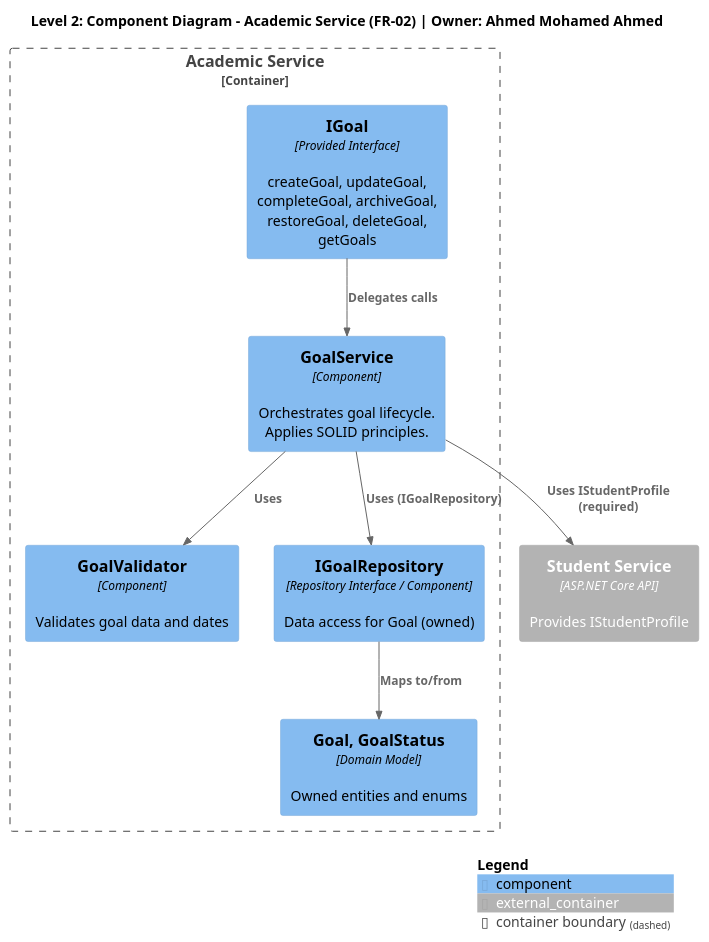
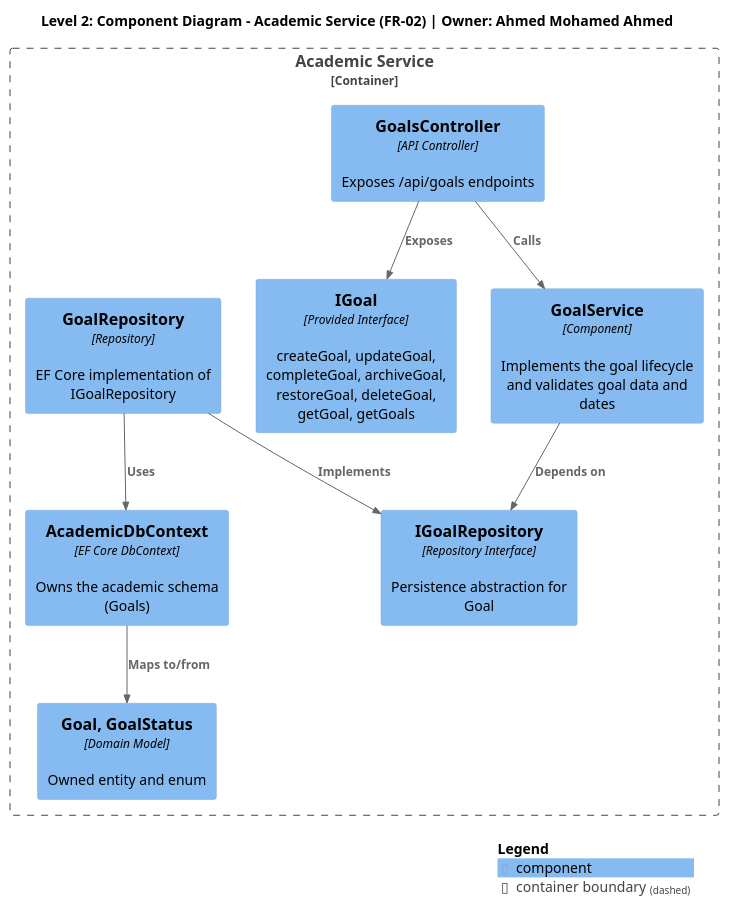
One commit to AIU-SoftWave/Aspirra changed the diagram in docs/PM1/Part A — Design/Component Diagrams/02-academic-service-component.puml. Above: the diagram before and after it, drawn with PlantUML. The commit also changed 251 other files, not shown here.

First line of the commit message:
Add unit tests for HabitService and StudentService

```diff
--- a/docs/PM1/Part A — Design/Component Diagrams/02-academic-service-component.puml
+++ b/docs/PM1/Part A — Design/Component Diagrams/02-academic-service-component.puml
@@ -1,35 +1,25 @@
 @startuml academic-service-component-diagram
 !include https://raw.githubusercontent.com/plantuml-stdlib/C4-PlantUML/master/C4_Component.puml
 
 title Level 2: Component Diagram - Academic Service (FR-02) | Owner: Ahmed Mohamed Ahmed
 
 Container_Boundary(academicBoundary, "Academic Service") {
-  
-  ' Provided interface
-  Component(iGoal, "IGoal", "Provided Interface", "createGoal, updateGoal, completeGoal, archiveGoal, restoreGoal, deleteGoal, getGoals")
-  
-  ' Core components
-  Component(goalService, "GoalService", "Component", "Orchestrates goal lifecycle. Applies SOLID principles.")
-  Component(goalValidator, "GoalValidator", "Component", "Validates goal data and dates")
-  
-  ' Persistence
-  Component(goalRepo, "IGoalRepository", "Repository Interface / Component", "Data access for Goal (owned)")
-  
-  ' Domain
-  Component(domainModel, "Goal, GoalStatus", "Domain Model", "Owned entities and enums")
+
+  Component(iGoal, "IGoal", "Provided Interface", "createGoal, updateGoal, completeGoal, archiveGoal, restoreGoal, deleteGoal, getGoal, getGoals")
+  Component(goalsController, "GoalsController", "API Controller", "Exposes /api/goals endpoints")
+  Component(goalService, "GoalService", "Component", "Implements the goal lifecycle and validates goal data and dates")
+  Component(iGoalRepo, "IGoalRepository", "Repository Interface", "Persistence abstraction for Goal")
+  Component(goalRepo, "GoalRepository", "Repository", "EF Core implementation of IGoalRepository")
+  Component(academicDb, "AcademicDbContext", "EF Core DbContext", "Owns the academic schema (Goals)")
+  Component(domainModel, "Goal, GoalStatus", "Domain Model", "Owned entity and enum")
 }
 
-' Required interfaces to other service containers
-Container_Ext(studentSvc, "Student Service", "ASP.NET Core API", "Provides IStudentProfile")
-
-' Internal relationships
-Rel(iGoal, goalService, "Delegates calls")
-Rel(goalService, goalValidator, "Uses")
-Rel(goalService, goalRepo, "Uses (IGoalRepository)")
-Rel(goalRepo, domainModel, "Maps to/from")
-
-' Cross-service relationships
-Rel(goalService, studentSvc, "Uses IStudentProfile (required)")
+Rel(goalsController, iGoal, "Exposes")
+Rel(goalsController, goalService, "Calls")
+Rel(goalService, iGoalRepo, "Depends on")
+Rel(goalRepo, iGoalRepo, "Implements")
+Rel(goalRepo, academicDb, "Uses")
+Rel(academicDb, domainModel, "Maps to/from")
 
 SHOW_LEGEND()
 @enduml
```
